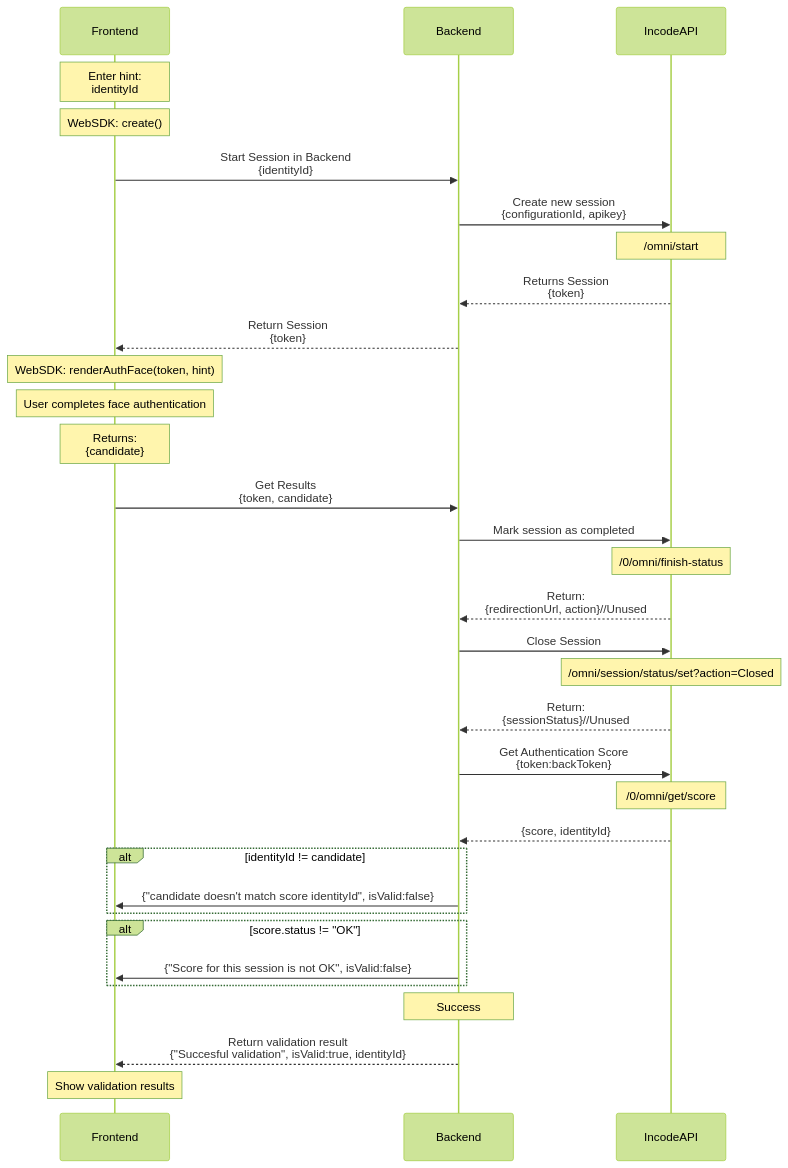
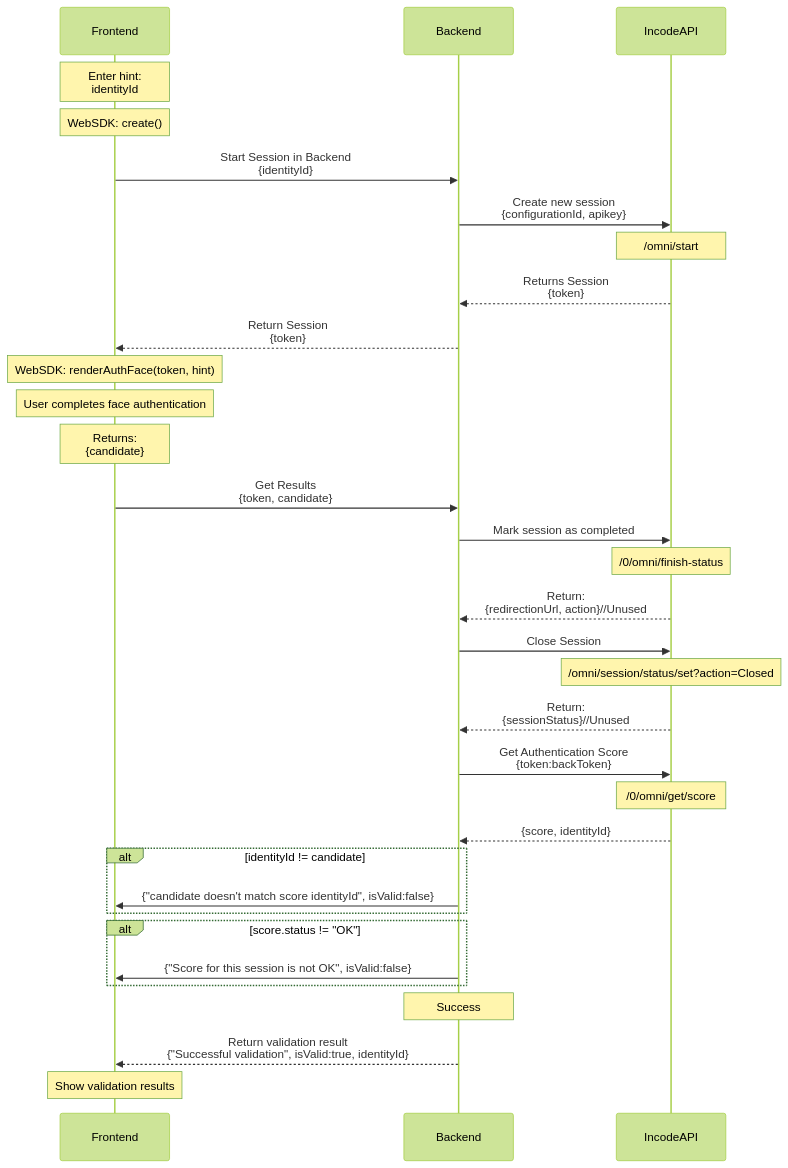
One commit to Incode-Technologies-Example-Repos/authentication-core-javascript changed the diagram in README.md. Above: the diagram before and after it, drawn with Mermaid (forest theme).

````diff
--- a/README.md
+++ b/README.md
@@ -18,43 +18,43 @@
 ```mermaid
 sequenceDiagram
     participant Frontend
     participant Backend
     participant IncodeAPI
 
     Note over Frontend: Enter hint:<br>identityId
     Note over Frontend: WebSDK: create()
     Frontend->>Backend: Start Session in Backend<br>{identityId}
     Backend->>IncodeAPI: Create new session<br>{configurationId, apikey}
     Note over IncodeAPI: /omni/start
     IncodeAPI-->>Backend: Returns Session<br>{token}
     Backend-->>Frontend: Return Session<br>{token}
 
     Note over Frontend: WebSDK: renderAuthFace(token, hint)
     Note over Frontend: User completes face authentication
     Note over Frontend:Returns:<br>{candidate}
 
     Frontend->>Backend: Get Results<br>{token, candidate}
   
     Backend->>IncodeAPI: Mark session as completed
     Note over IncodeAPI: /0/omni/finish-status
     IncodeAPI-->>Backend: Return:<br>{redirectionUrl, action}//Unused
 
     Backend->>IncodeAPI: Close Session
     Note over IncodeAPI: /omni/session/status/set?action=Closed
     IncodeAPI-->>Backend: Return:<br>{sessionStatus}//Unused
 
     Backend->>IncodeAPI: Get Authentication Score<br>{token:backToken}
     Note over IncodeAPI: /0/omni/get/score
     IncodeAPI-->>Backend: {score, identityId}
     alt identityId != candidate
       Backend->>Frontend: {"candidate doesn't match score identityId", isValid:false}
     end
     
     alt score.status != "OK"
       Backend->>Frontend: {"Score for this session is not OK", isValid:false}
     end
 
     Note over Backend: Success
-    Backend-->>Frontend: Return validation result<br>{"Succesful validation", isValid:true, identityId}
+    Backend-->>Frontend: Return validation result<br>{"Successful validation", isValid:true, identityId}
     Note over Frontend: Show validation results
 ```
````
